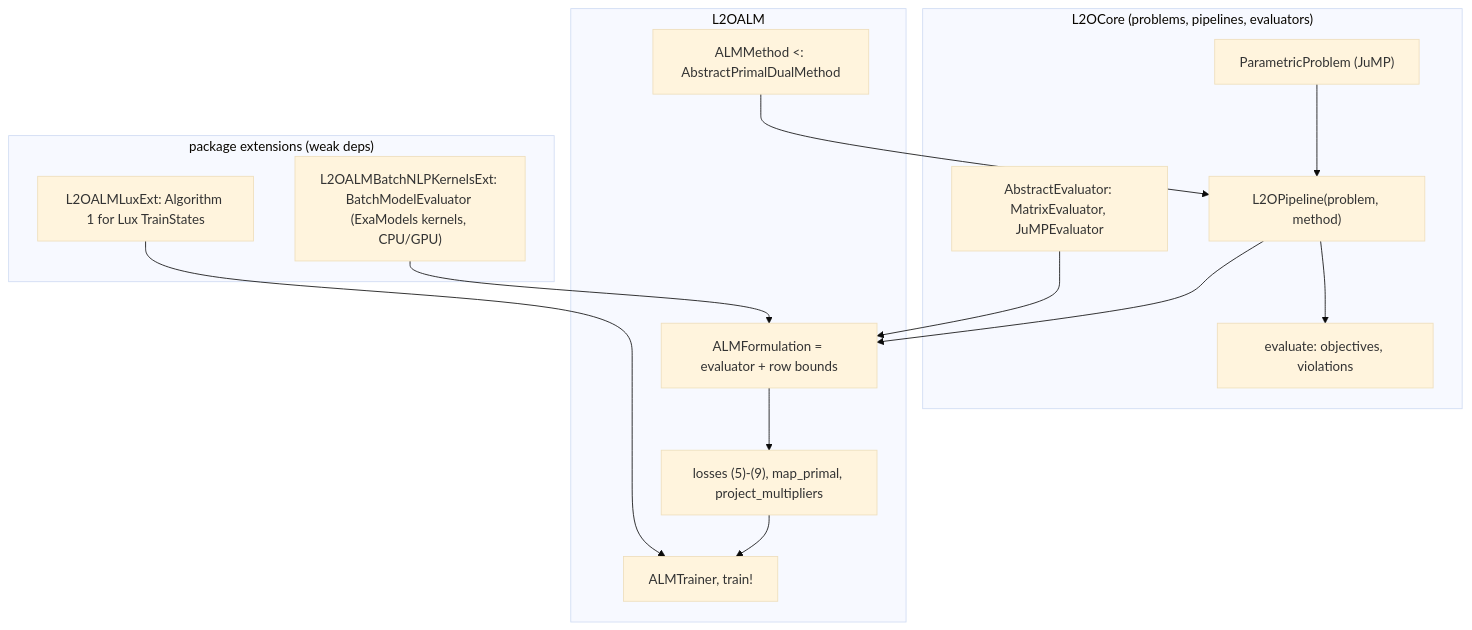
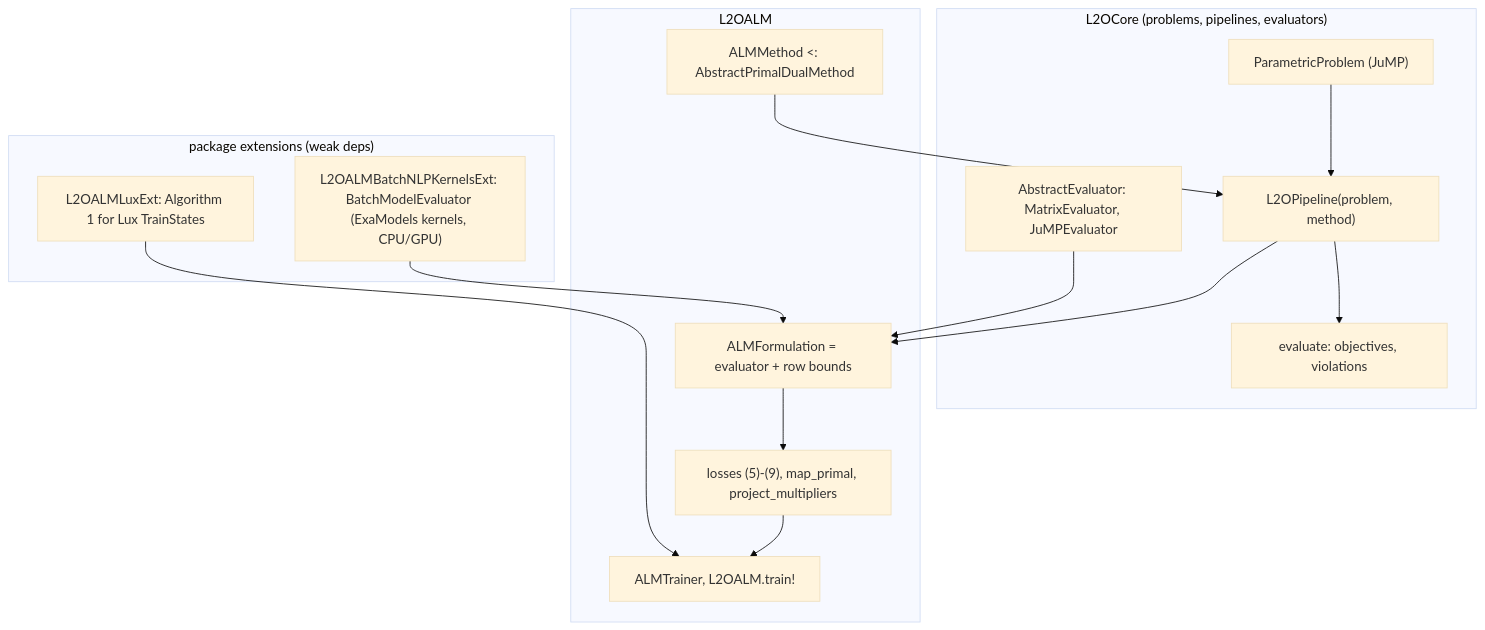
Before and after one commit to LearningToOptimize/L2OALM.jl: the diagram in docs/src/design.md, drawn with Mermaid (base theme). The commit also changed other lines of this file and 9 other files, not shown here.

First line of the commit message:
README and docs: two-step install, badges, shared ecosystem table, L2OALM.train!

````diff
--- a/docs/src/design.md
+++ b/docs/src/design.md
@@ -9,28 +9,28 @@
 ```mermaid
 flowchart TB
     subgraph core["L2OCore (problems, pipelines, evaluators)"]
         PP["ParametricProblem (JuMP)"]
         EV["AbstractEvaluator: MatrixEvaluator, JuMPEvaluator"]
         PL["L2OPipeline(problem, method)"]
         EVAL["evaluate: objectives, violations"]
     end
     subgraph alm["L2OALM"]
         M["ALMMethod <: AbstractPrimalDualMethod"]
         F["ALMFormulation = evaluator + row bounds"]
         L["losses (5)-(9), map_primal, project_multipliers"]
-        T["ALMTrainer, train!"]
+        T["ALMTrainer, L2OALM.train!"]
     end
     subgraph ext["package extensions (weak deps)"]
         LUX["L2OALMLuxExt: Algorithm 1 for Lux TrainStates"]
         BNK["L2OALMBatchNLPKernelsExt: BatchModelEvaluator (ExaModels kernels, CPU/GPU)"]
     end
     PP --> PL
     M --> PL
     PL --> F
     EV --> F
     BNK --> F
     F --> L
     L --> T
     LUX --> T
     PL --> EVAL
 ```
````
